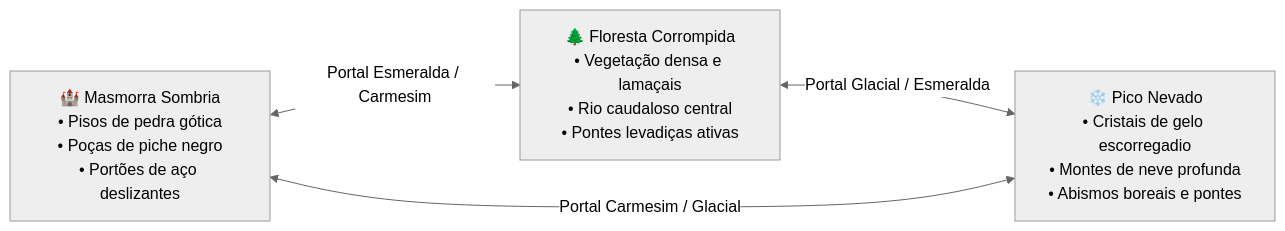
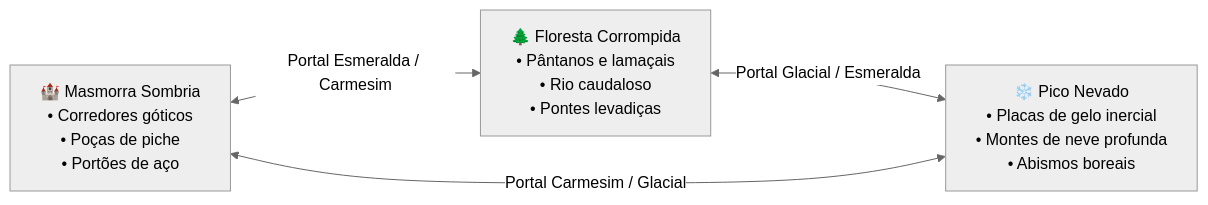
One commit to Blimabru/sentinela changed the fifth of 5 diagrams in README.md. Above: the diagram before and after it, drawn with Mermaid (neutral theme). The commit also changed other lines of this file, not shown here.

````diff
--- a/README.md
+++ b/README.md
@@ -178,10 +273,10 @@
 ```mermaid
 flowchart LR
-    Dungeon["🏰 Masmorra Sombria\n• Pisos de pedra gótica\n• Poças de piche negro\n• Portões de aço deslizantes"]
-    Forest["🌲 Floresta Corrompida\n• Vegetação densa e lamaçais\n• Rio caudaloso central\n• Pontes levadiças ativas"]
-    Snow["❄️ Pico Nevado\n• Cristais de gelo escorregadio\n• Montes de neve profunda\n• Abismos boreais e pontes"]
+    Dungeon["🏰 Masmorra Sombria\n• Corredores góticos\n• Poças de piche\n• Portões de aço"]
+    Forest["🌲 Floresta Corrompida\n• Pântanos e lamaçais\n• Rio caudaloso\n• Pontes levadiças"]
+    Snow["❄️ Pico Nevado\n• Placas de gelo inercial\n• Montes de neve profunda\n• Abismos boreais"]
 
     Dungeon <-->|Portal Esmeralda / Carmesim| Forest
     Forest <-->|Portal Glacial / Esmeralda| Snow
     Snow <-->|Portal Carmesim / Glacial| Dungeon
 ```
````
